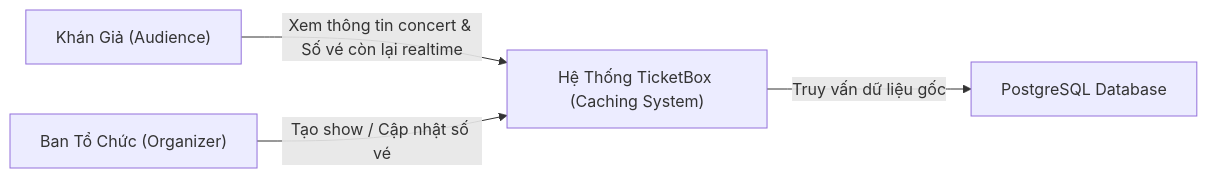
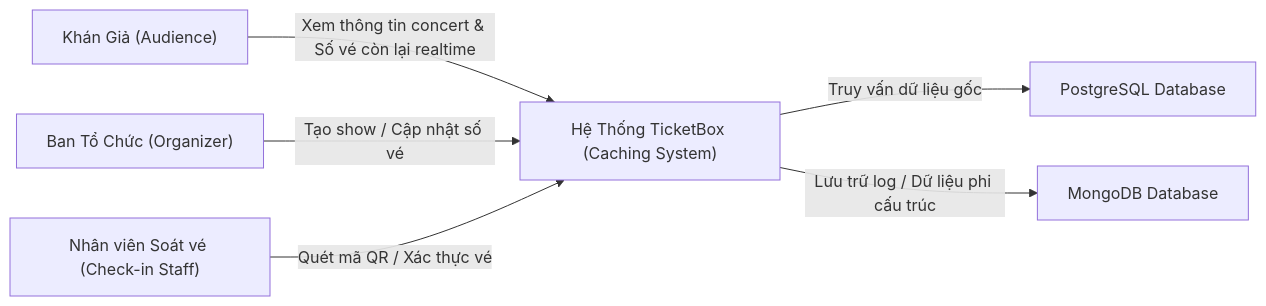
Before and after one commit to NguyenSonTung16/ticket_box: the second of 5 diagrams in blueprint/design.md, drawn with Mermaid. The commit also changed other lines of this file and 7 other files, not shown here.

Commit message:
viết thêm tài liệu spec, README hướng dẫn cài đặt, seed và schema khởi tạo

````diff
--- a/blueprint/design.md
+++ b/blueprint/design.md
@@ -53,6 +63,9 @@
 ```mermaid
 graph LR
     User["Khán Giả (Audience)"] -->|Xem thông tin concert & Số vé còn lại realtime| TicketBox["Hệ Thống TicketBox (Caching System)"]
     Admin["Ban Tổ Chức (Organizer)"] -->|Tạo show / Cập nhật số vé| TicketBox
+    Staff["Nhân viên Soát vé (Check-in Staff)"] -->|Quét mã QR / Xác thực vé| TicketBox
+    
     TicketBox -->|Truy vấn dữ liệu gốc| DB["PostgreSQL Database"]
+    TicketBox -->|Lưu trữ log / Dữ liệu phi cấu trúc| MongoDB["MongoDB Database"]
 ```
````
